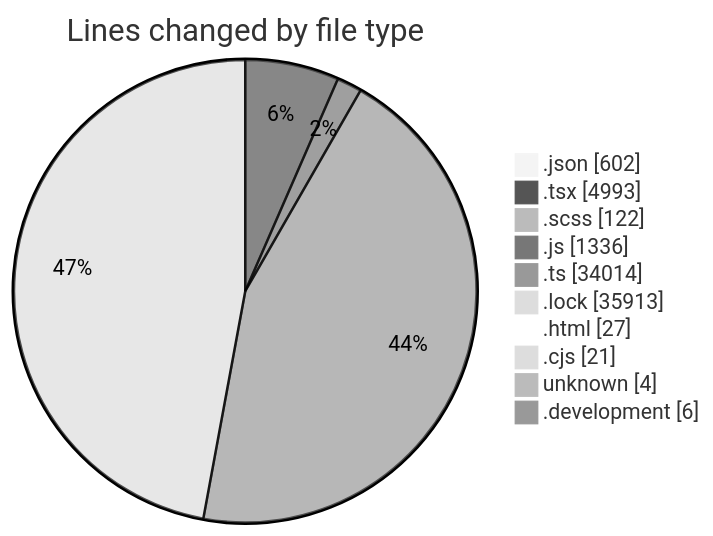
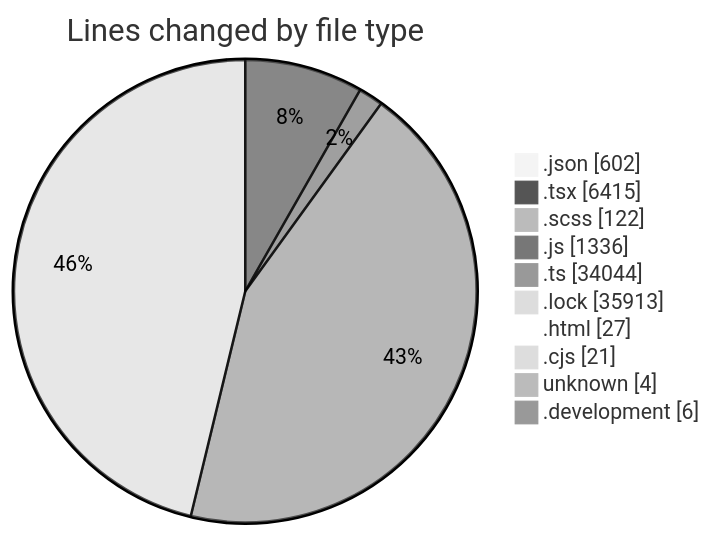
One commit to momahboobian/code-tracking changed the first of 2 diagrams in 2026-09-03/cda/README.md. Above: the diagram before and after it, drawn with Mermaid (neutral theme). The commit also changed other lines of this file and 1 other file, not shown here.

````diff
--- a/2026-09-03/cda/README.md
+++ b/2026-09-03/cda/README.md
@@ -81,14 +81,14 @@
 ```mermaid
 pie showData
 title Lines changed by file type
 ".json" : 602
-".tsx" : 4993
+".tsx" : 6415
 ".scss" : 122
 ".js" : 1336
-".ts" : 34014
+".ts" : 34044
 ".lock" : 35913
 ".html" : 27
 ".cjs" : 21
 "unknown" : 4
 ".development" : 6
 ```
````
